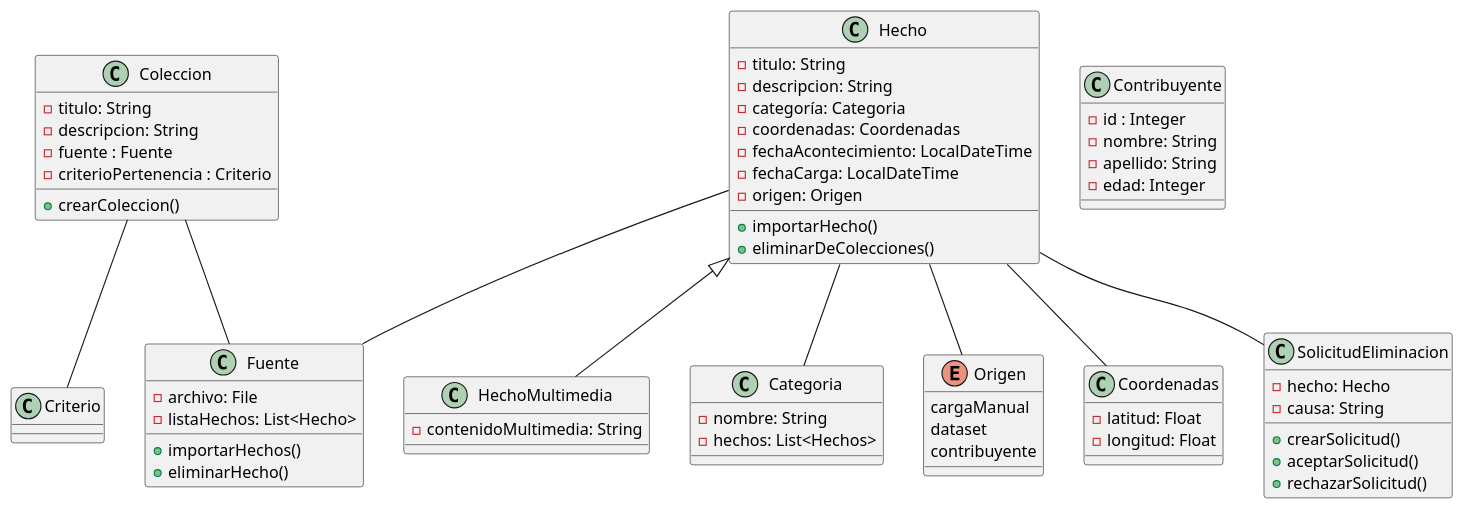
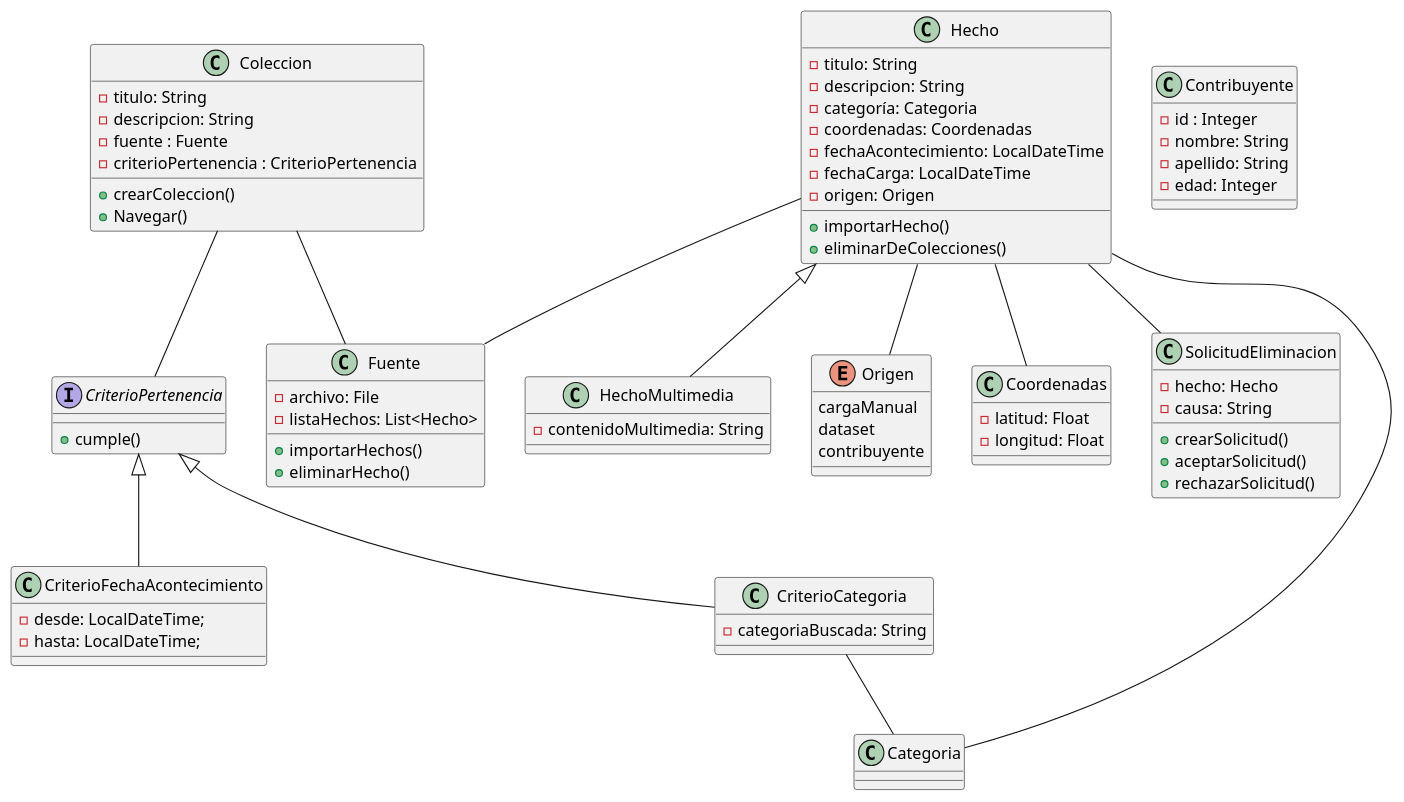
The diagram in clases.puml (jotafabri/metamapa), drawn with PlantUML before and after one commit. The commit also changed 8 other files, not shown here.

Commit message:
-Agregado metodo para navegar -Modificado para que Categoria sea de tipo String -Eliminado algunos parametros innecesarios del constructor de Coleccion -Implementado Lombok -Cambiado el diagrama de clases -Agregado metodo preliminar para solicitudes de eliminacion

```diff
--- a/clases.puml
+++ b/clases.puml
@@ -1,82 +1,85 @@
 @startuml
 'https://plantuml.com/class-diagram
 
 class Coleccion {
     - titulo: String
     - descripcion: String
     - fuente : Fuente
-    ' - listaHechos: List<Hecho>
-    - criterioPertenencia : Criterio
+    - criterioPertenencia : CriterioPertenencia
     + crearColeccion()
+    + Navegar()
 }
 
-class Criterio {
+interface CriterioPertenencia {
+    + cumple()
+}
 
+class CriterioFechaAcontecimiento extends CriterioPertenencia {
+     - desde: LocalDateTime;
+     - hasta: LocalDateTime;
+}
+
+class CriterioCategoria extends CriterioPertenencia {
+    - categoriaBuscada: String
 }
 
 class Fuente {
     - archivo: File
     - listaHechos: List<Hecho>
     + importarHechos()
     + eliminarHecho()
 }
 
 class Hecho {
     - titulo: String
     - descripcion: String
     - categoría: Categoria
     - coordenadas: Coordenadas
     - fechaAcontecimiento: LocalDateTime
     - fechaCarga: LocalDateTime
     - origen: Origen
     + importarHecho()
     + eliminarDeColecciones()
 }
 
 class HechoMultimedia extends Hecho {
    - contenidoMultimedia: String
 }
-
-
-class Categoria {
-    - nombre: String
-    - hechos: List<Hechos>
-}
-
 
 enum Origen {
     cargaManual
     dataset
     contribuyente
 }
 
 class Contribuyente {
     - id : Integer
     - nombre: String
     - apellido: String
     - edad: Integer
 }
 
 class Coordenadas {
     - latitud: Float
     - longitud: Float
 }
 
 ' TODO:
 class SolicitudEliminacion {
     - hecho: Hecho
     - causa: String /'debe ser máximo 500 caracteres'/
     + crearSolicitud()
     + aceptarSolicitud()
     + rechazarSolicitud()
 }
 
 Hecho -- Fuente
 Hecho -- Categoria
 Hecho -- Origen
 Hecho -- SolicitudEliminacion
 Hecho -- Coordenadas
 Coleccion -- Fuente
-Coleccion -- Criterio
+Coleccion -- CriterioPertenencia
+CriterioCategoria -- Categoria
 
 @enduml
```
